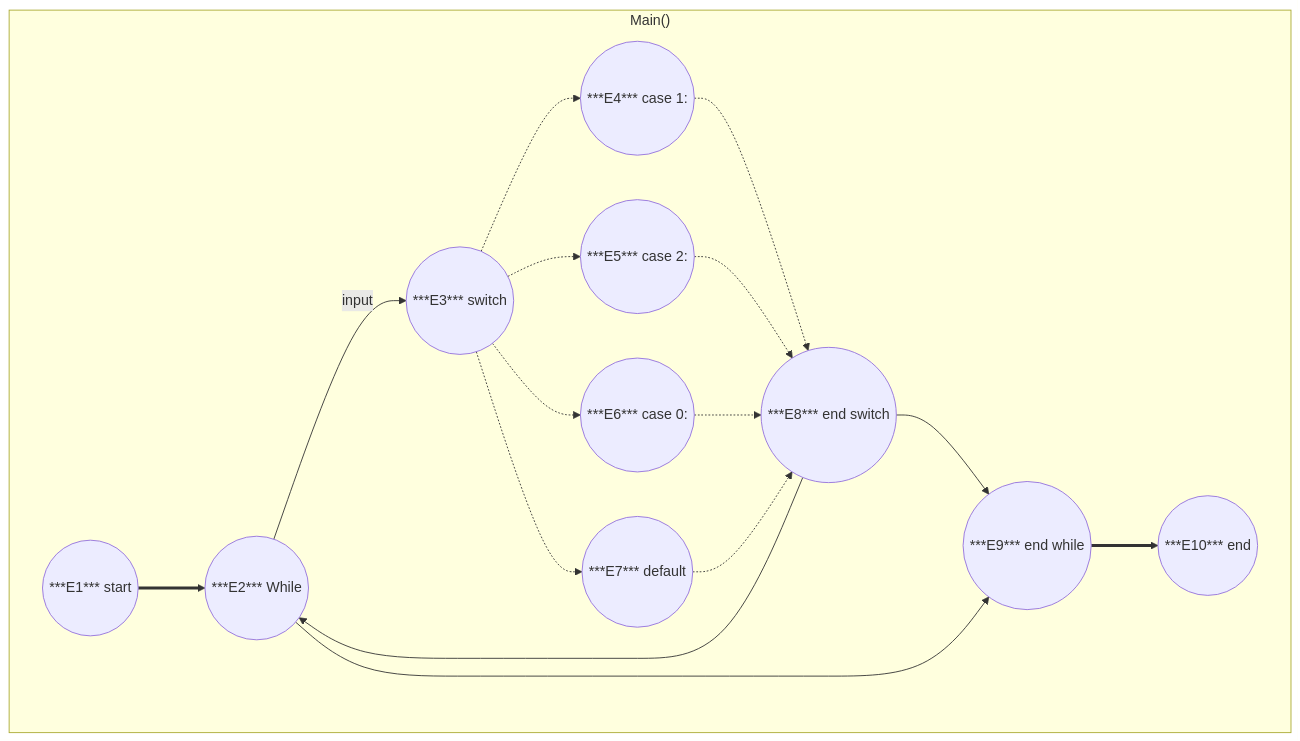
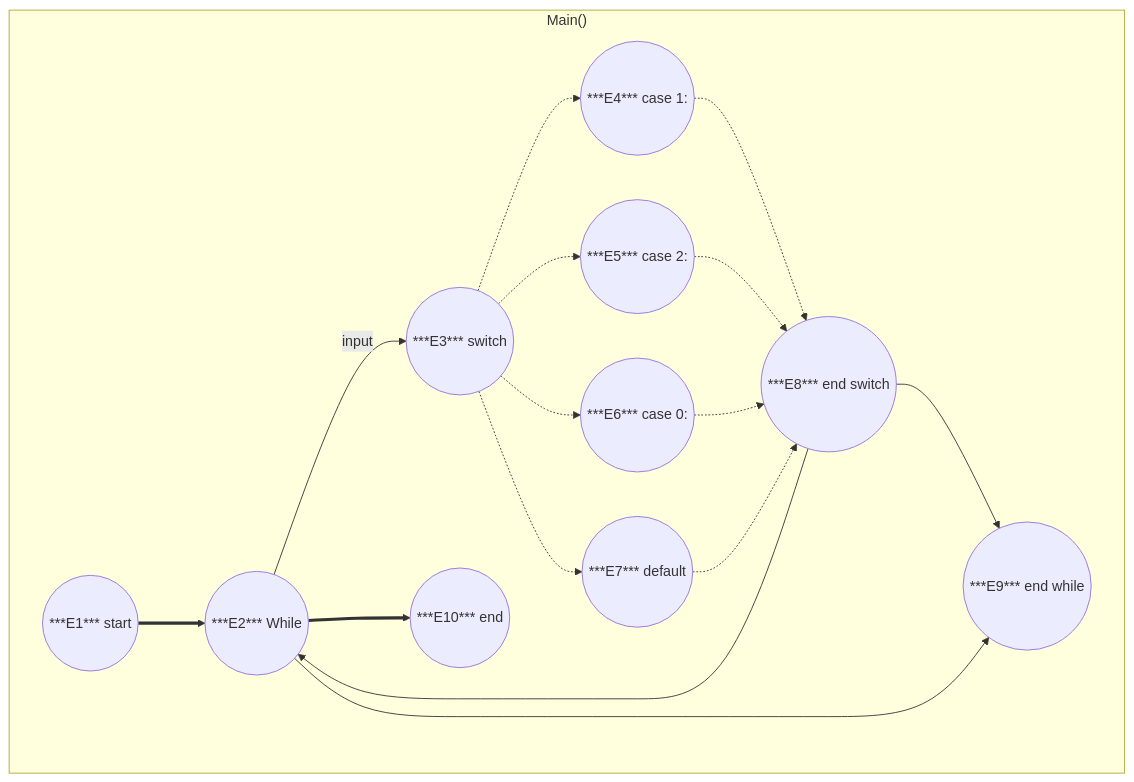
The fifth of 8 diagrams in Walkthrough.md (AlbelNox/EAN-Progamm), drawn with Mermaid before and after one commit. The commit also changed other lines of this file, not shown here.

````diff
--- a/Walkthrough.md
+++ b/Walkthrough.md
@@ -164,19 +164,19 @@
 ```mermaid
 graph TD
 subgraph "Main()"
 A((***E1*** start)) ==> B((***E2*** While))
 B -->|input| C((***E3*** switch))
 C -.-> D((***E4*** case 1:))
 C -.-> E((***E5*** case 2:))
 C -.-> F((***E6*** case 0:))
 C -.-> G((***E7*** default))
 D -.-> H((***E8*** end switch))
 E -.-> H
 F -.-> H
 G -.-> H
 H --> I((***E9*** end while))
 B --> I
 H --> B
-I ==> J((***E10*** end))
+B ==> J((***E10*** end))
 end
 ```
````
